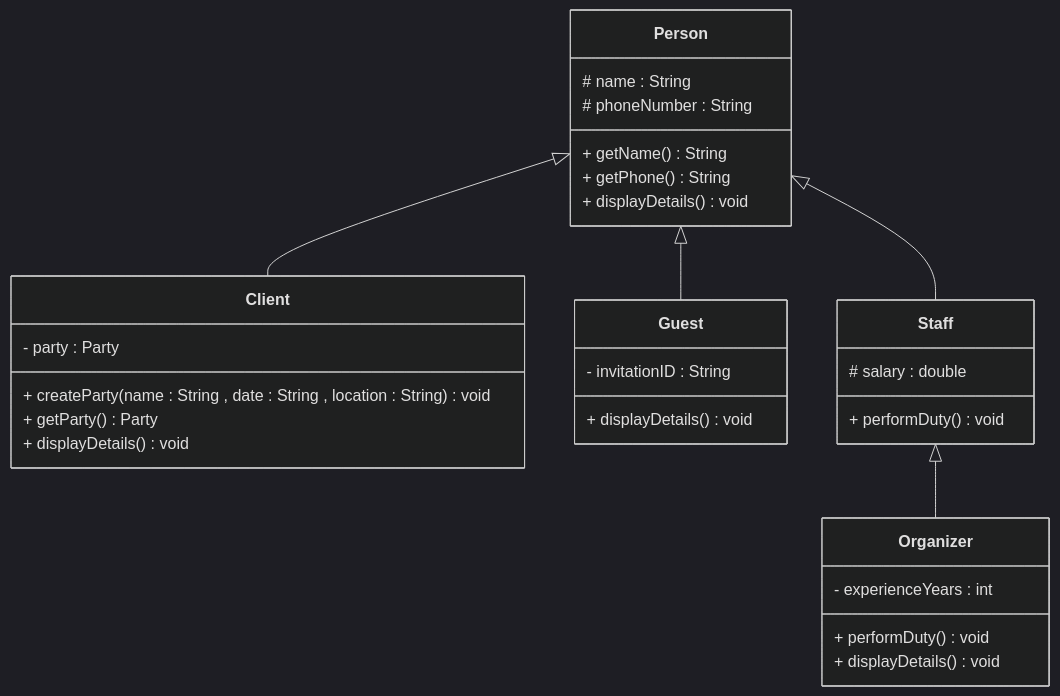
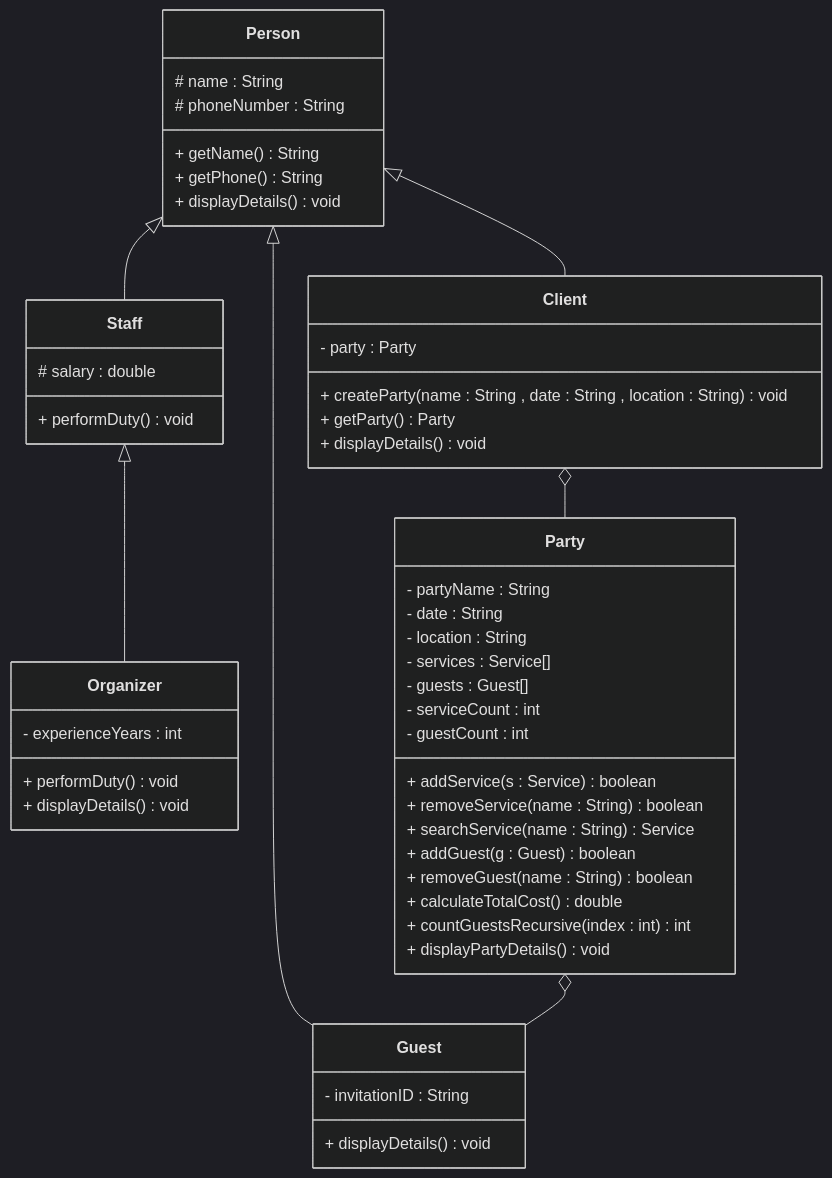
Before and after one commit to Aljawharah46/CSC113-project-P1: the diagram in README.md, drawn with Mermaid (dark theme).

````diff
--- a/README.md
+++ b/README.md
@@ -2,39 +2,60 @@
 ```mermaid
 classDiagram
 class Person{
 # name : String
 # phoneNumber : String
 + getName() String
 + getPhone() String
 + displayDetails() void
 }
 
 class Client{
 - party : Party
 + createParty(name : String , date : String , location : String) void
 + getParty() Party
 + displayDetails() void
 }
 
 class Guest{
 - invitationID : String
 + displayDetails() void
 }
 
 class Staff{
 # salary : double
 + performDuty() void
 }
 
 class Organizer{
 - experienceYears : int
 + performDuty() void
 + displayDetails() void
 }
 
+class Party{
+- partyName : String
+- date : String
+- location : String
+- services : Service[]
+- guests : Guest[]
+- serviceCount : int
+- guestCount : int
++ addService(s : Service) boolean
++ removeService(name : String) boolean
++ searchService(name : String) Service
++ addGuest(g : Guest) boolean
++ removeGuest(name : String) boolean
++ calculateTotalCost() double
++ countGuestsRecursive(index : int) int
++ displayPartyDetails() void
+}
+
 Person <|-- Client
 Person <|-- Guest
 Person <|-- Staff
 Staff <|-- Organizer
 
+Client o-- Party
+Party o-- Guest
+
 ```
````
